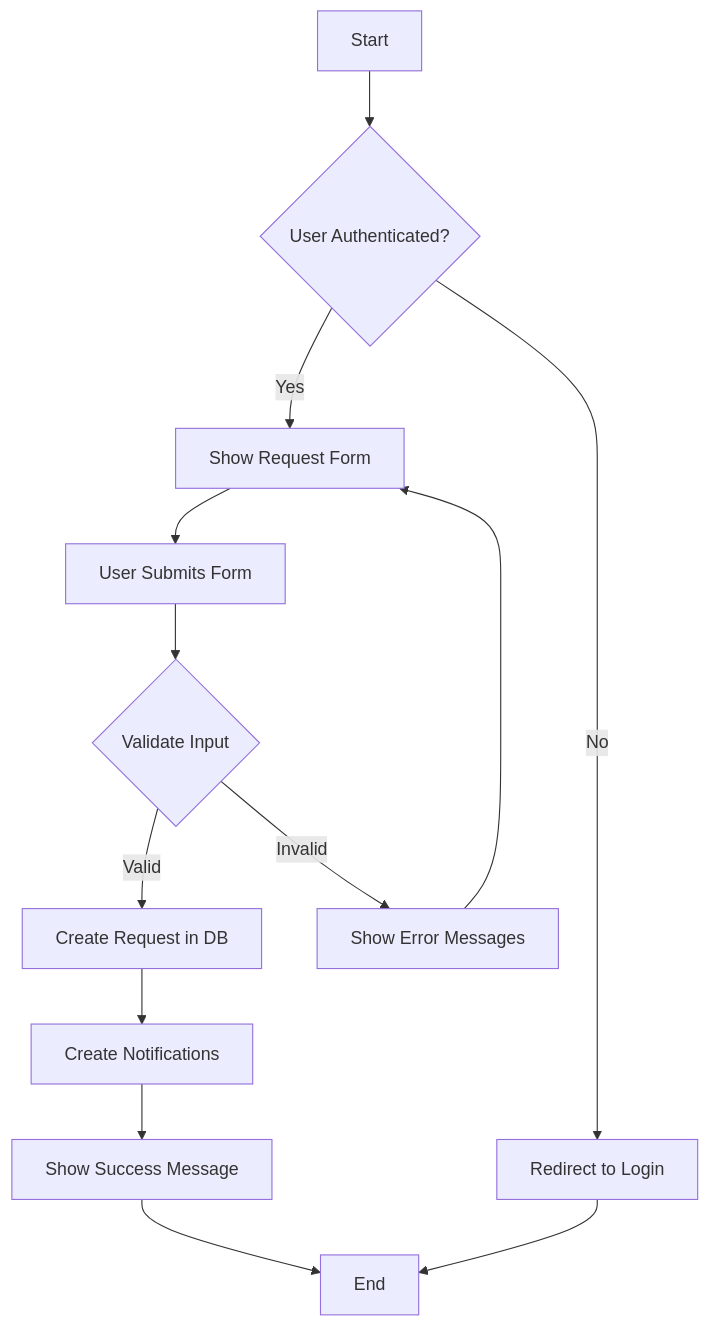
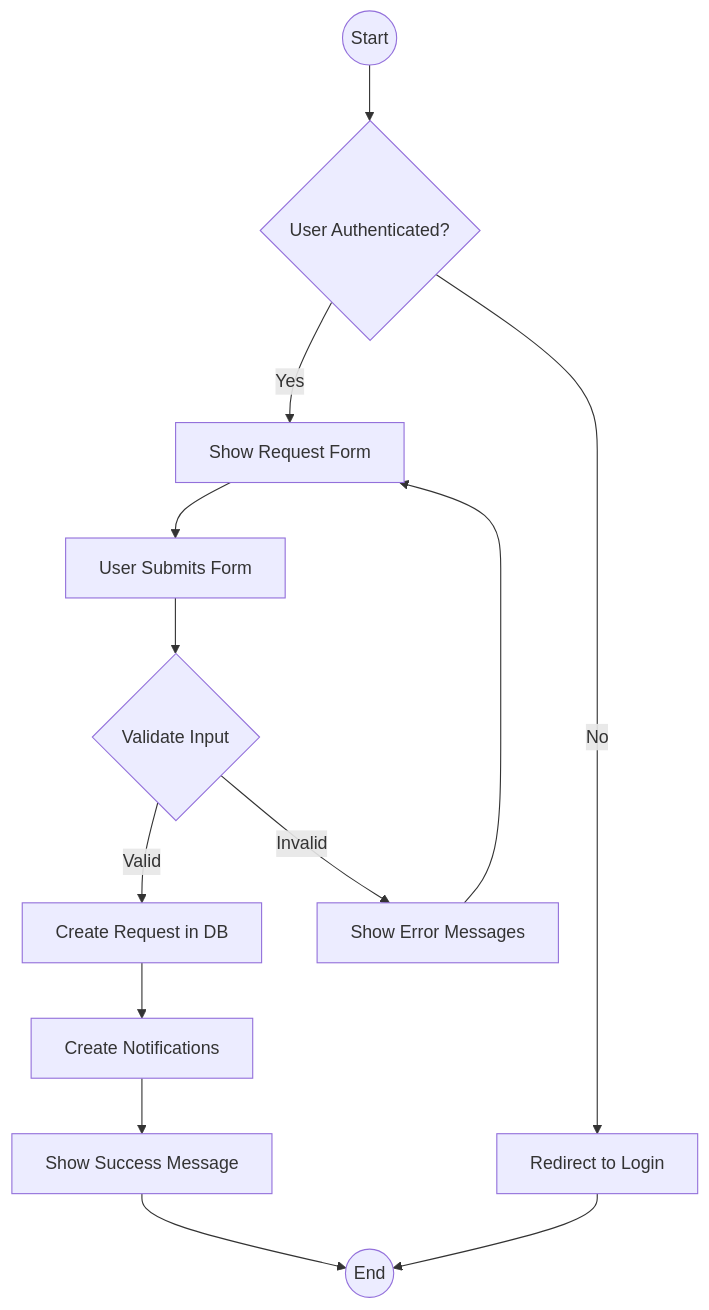
One commit to Princeobeten/waste-information-management-system- changed the fourth of 6 diagrams in CHAPTER_4_5_DOCUMENTATION.md. Above: the diagram before and after it, drawn with Mermaid. The commit also changed other lines of this file and 6 other files, not shown here.

````diff
--- a/CHAPTER_4_5_DOCUMENTATION.md
+++ b/CHAPTER_4_5_DOCUMENTATION.md
@@ -329,15 +337,15 @@
 ```mermaid
 flowchart TD
-    A[Start] --> B{User Authenticated?}
+    A((Start)) --> B{User Authenticated?}
     B -->|Yes| C[Show Request Form]
     B -->|No| D[Redirect to Login]
     C --> E[User Submits Form]
     E --> F{Validate Input}
     F -->|Valid| G[Create Request in DB]
     F -->|Invalid| H[Show Error Messages]
     G --> I[Create Notifications]
     I --> J[Show Success Message]
-    J --> K[End]
+    J --> K((End))
     H --> C
     D --> K
 ```
````
